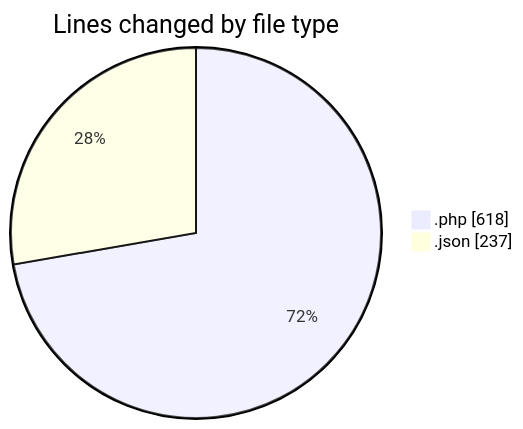
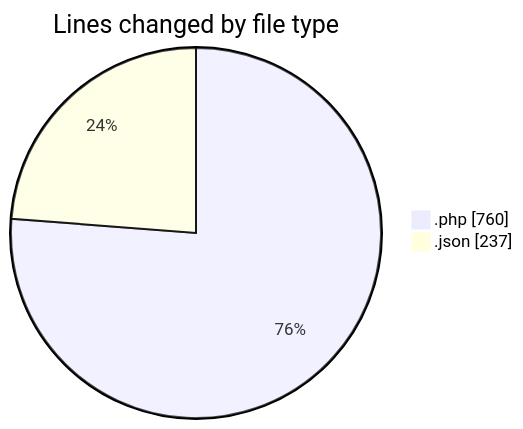
One commit to idhammustaqopulfikri/code-tracking changed the first of 2 diagrams in 2025-06-09/studio-backend/README.md. Above: the diagram before and after it, drawn with Mermaid. The commit also changed other lines of this file and 1 other file, not shown here.

````diff
--- a/2025-06-09/studio-backend/README.md
+++ b/2025-06-09/studio-backend/README.md
@@ -26,6 +26,6 @@
 ```mermaid
 pie showData
 title Lines changed by file type
-".php" : 618
+".php" : 760
 ".json" : 237
 ```
````
